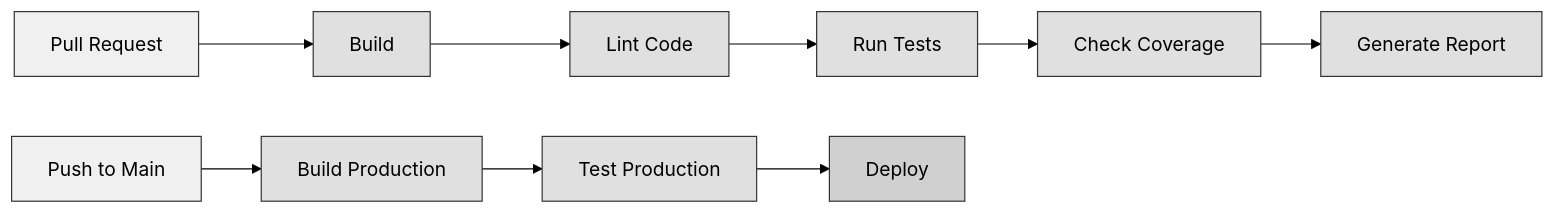
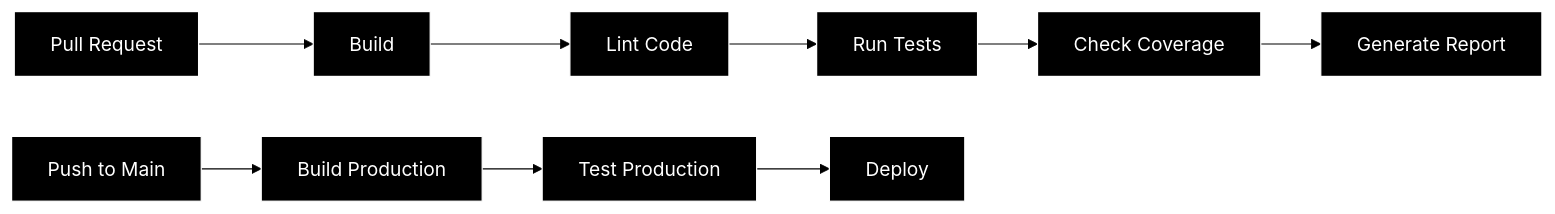
The fifth of 6 diagrams in README.md (ohta-rh/go-backend-boilerplate), drawn with Mermaid (forest theme) before and after one commit. The commit also changed other lines of this file, not shown here.

````diff
--- a/README.md
+++ b/README.md
@@ -264,20 +264,20 @@
 ```mermaid
 flowchart LR
     PR[Pull Request] --> Build[Build]
     Build --> Lint[Lint Code]
     Lint --> Test[Run Tests]
     Test --> Coverage[Check Coverage]
     Coverage --> Report[Generate Report]
     
     Push[Push to Main] --> BuildProd[Build Production]
     BuildProd --> TestProd[Test Production]
     TestProd --> Deploy[Deploy]
     
-    classDef trigger fill:#f0f0f0,stroke:#333,stroke-width:1px;
-    classDef process fill:#e0e0e0,stroke:#333,stroke-width:1px;
-    classDef deploy fill:#d0d0d0,stroke:#333,stroke-width:1px;
+    classDef trigger fill:#000000,stroke:#ffffff,stroke-width:1px,color:#ffffff;
+    classDef process fill:#000000,stroke:#ffffff,stroke-width:1px,color:#ffffff;
+    classDef deploy fill:#000000,stroke:#ffffff,stroke-width:1px,color:#ffffff;
     
     class PR,Push trigger;
     class Build,Lint,Test,Coverage,Report,BuildProd,TestProd process;
     class Deploy deploy;
 ```
````
